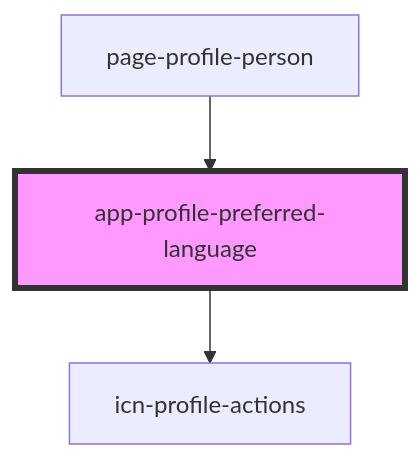
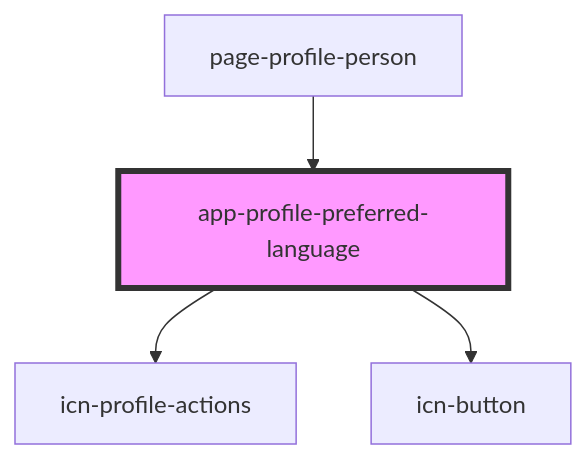
Before and after one commit to lokheed/IconEventNetwork.Web: the diagram in iconeventnetwork-web/src/components/app-profile-preferred-language/readme.md, drawn with Mermaid. The commit also changed other lines of this file and 61 other files, not shown here.

First line of the commit message:
Created icn-button component

````diff
--- a/iconeventnetwork-web/src/components/app-profile-preferred-language/readme.md
+++ b/iconeventnetwork-web/src/components/app-profile-preferred-language/readme.md
@@ -28,6 +29,7 @@
 ```mermaid
 graph TD;
   app-profile-preferred-language --> icn-profile-actions
+  app-profile-preferred-language --> icn-button
   page-profile-person --> app-profile-preferred-language
   style app-profile-preferred-language fill:#f9f,stroke:#333,stroke-width:4px
 ```
````
